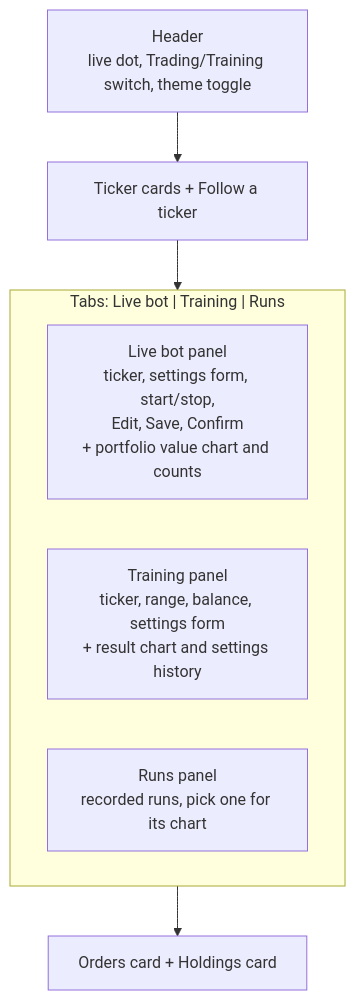
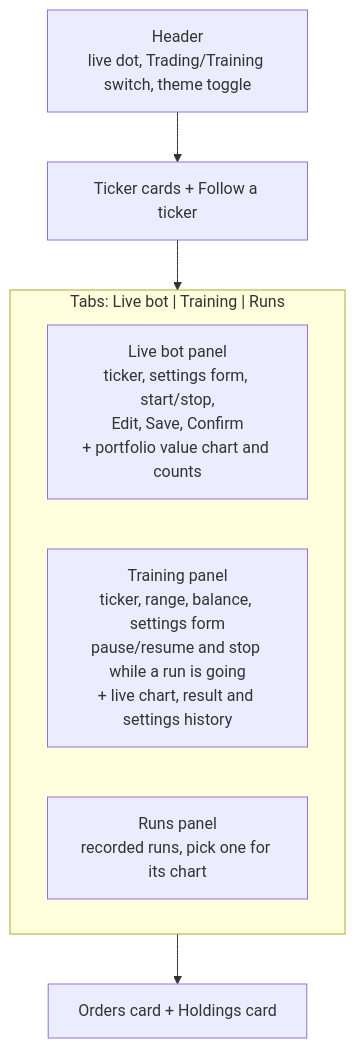
One commit to ShadowOfDiablo/t212-coding-task changed diagram 22 of 31 in docs/ARCHITECTURE.md. Above: the diagram before and after it, drawn with Mermaid. The commit also changed other lines of this file, not shown here.

Commit message:
Describe background training with pause, resume, stop and live progress

````diff
--- a/docs/ARCHITECTURE.md
+++ b/docs/ARCHITECTURE.md
@@ -1028,12 +1034,12 @@
 ```mermaid
 flowchart TB
     Header["Header<br/>live dot, Trading/Training switch, theme toggle"]
     Tickers["Ticker cards + Follow a ticker"]
     subgraph Sections["Tabs: Live bot | Training | Runs"]
         Live["Live bot panel<br/>ticker, settings form, start/stop,<br/>Edit, Save, Confirm<br/>+ portfolio value chart and counts"]
-        Train["Training panel<br/>ticker, range, balance, settings form<br/>+ result chart and settings history"]
+        Train["Training panel<br/>ticker, range, balance, settings form<br/>pause/resume and stop while a run is going<br/>+ live chart, result and settings history"]
         Runs["Runs panel<br/>recorded runs, pick one for its chart"]
     end
     Account["Orders card + Holdings card"]
     Header --> Tickers --> Sections --> Account
 ```
````
